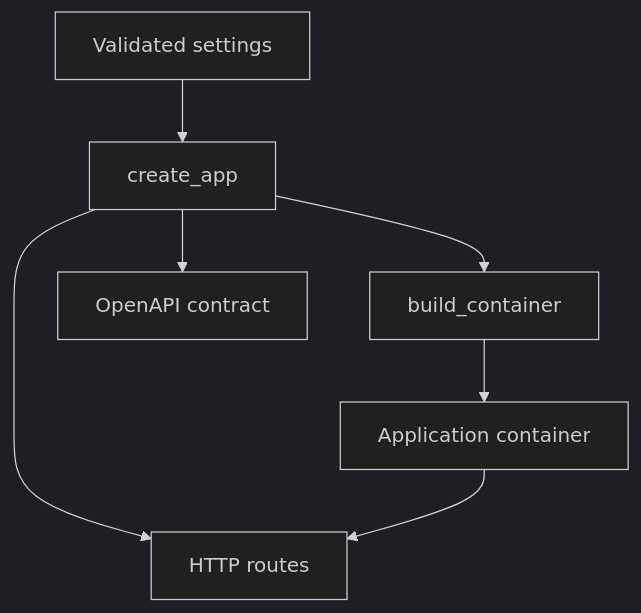
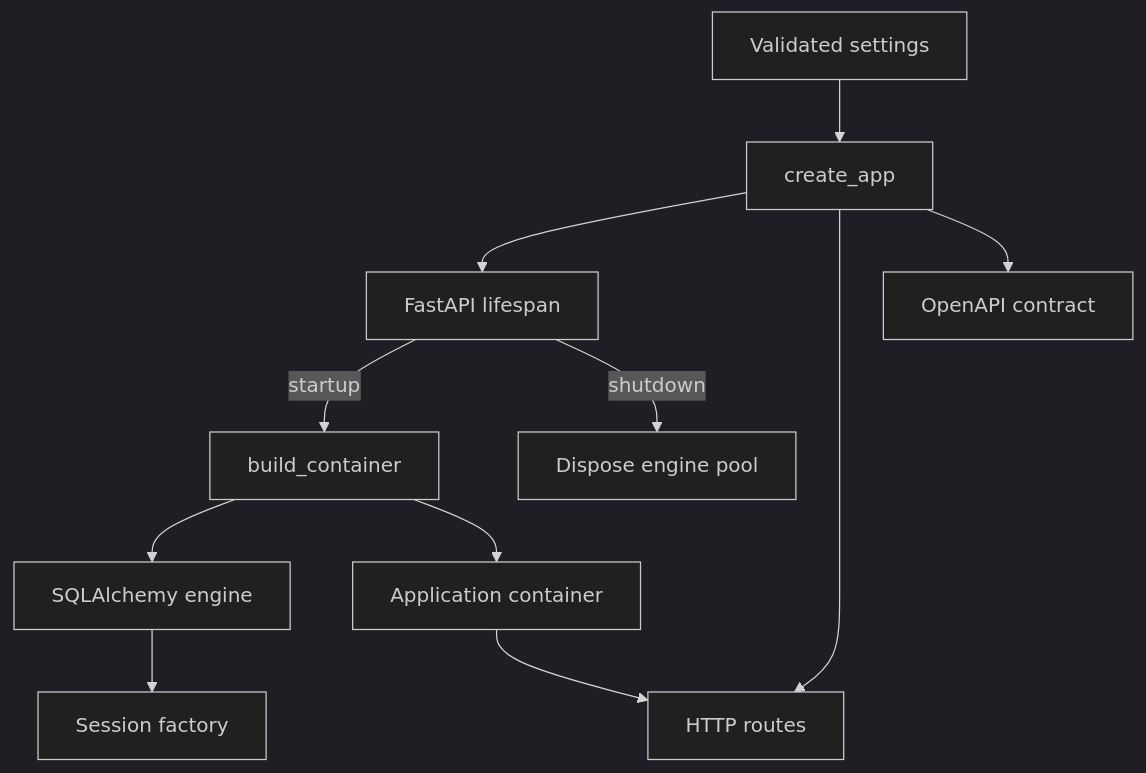
One commit to rnkraus/investment-research changed the diagram in backend/src/investment_research/README.md. Above: the diagram before and after it, drawn with Mermaid (dark theme). The commit also changed other lines of this file and 8 other files, not shown here.

````diff
--- a/backend/src/investment_research/README.md
+++ b/backend/src/investment_research/README.md
@@ -17,9 +17,13 @@
 ```mermaid
 flowchart TD
     SETTINGS[Validated settings] --> MAIN[create_app]
-    MAIN --> BOOT[build_container]
+    MAIN --> LIFE[FastAPI lifespan]
+    LIFE -->|startup| BOOT[build_container]
+    BOOT --> ENGINE[SQLAlchemy engine]
+    ENGINE --> SESSIONS[Session factory]
     BOOT --> STATE[Application container]
     MAIN --> ROUTES[HTTP routes]
     MAIN --> OPENAPI[OpenAPI contract]
     STATE --> ROUTES
+    LIFE -->|shutdown| CLOSE[Dispose engine pool]
 ```
````
